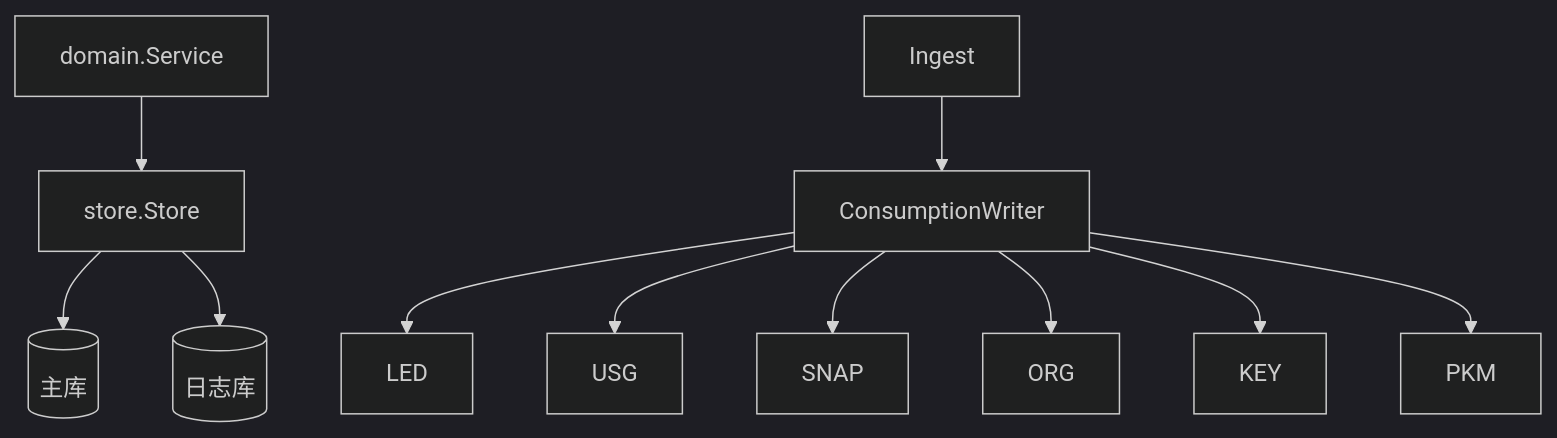
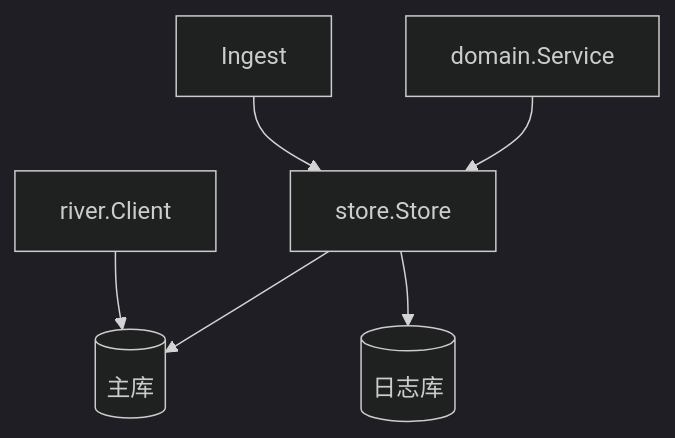
Before and after one commit to quyip8818/mytokenjoy: the third of 7 diagrams in apps/docs/Backend-存储架构.md, drawn with Mermaid (dark theme). The commit also changed other lines of this file and 33 other files, not shown here.

````diff
--- a/apps/docs/Backend-存储架构.md
+++ b/apps/docs/Backend-存储架构.md
@@ -71,8 +71,8 @@
 ```mermaid
 flowchart TB
   SVC[domain.Service] --> ST[store.Store]
-  ING[Ingest] --> CW[ConsumptionWriter]
-  CW --> LED & USG & SNAP & ORG & KEY & PKM
+  ING[Ingest] --> ST
   ST --> MAIN[(主库)]
   ST --> LOG[(日志库)]
+  RVC[river.Client] --> MAIN
 ```
````
